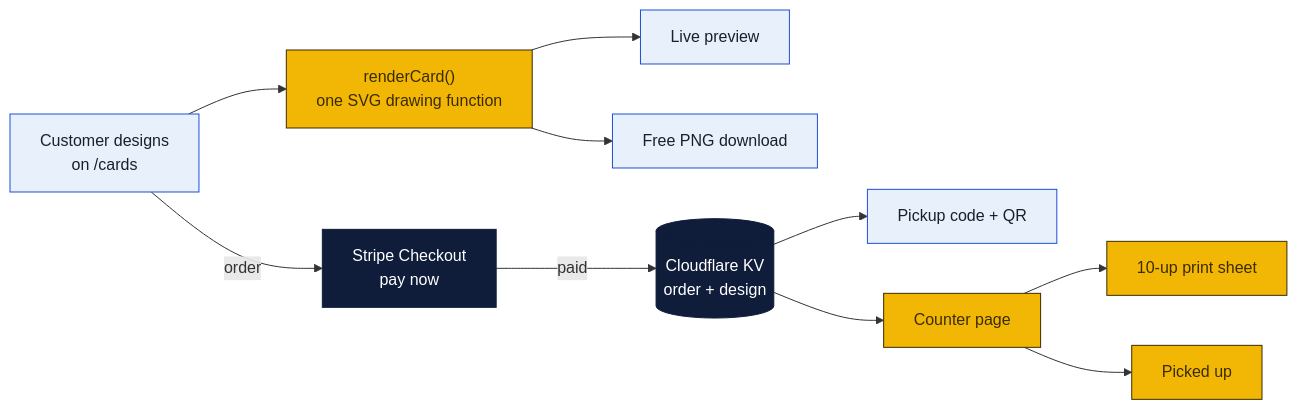
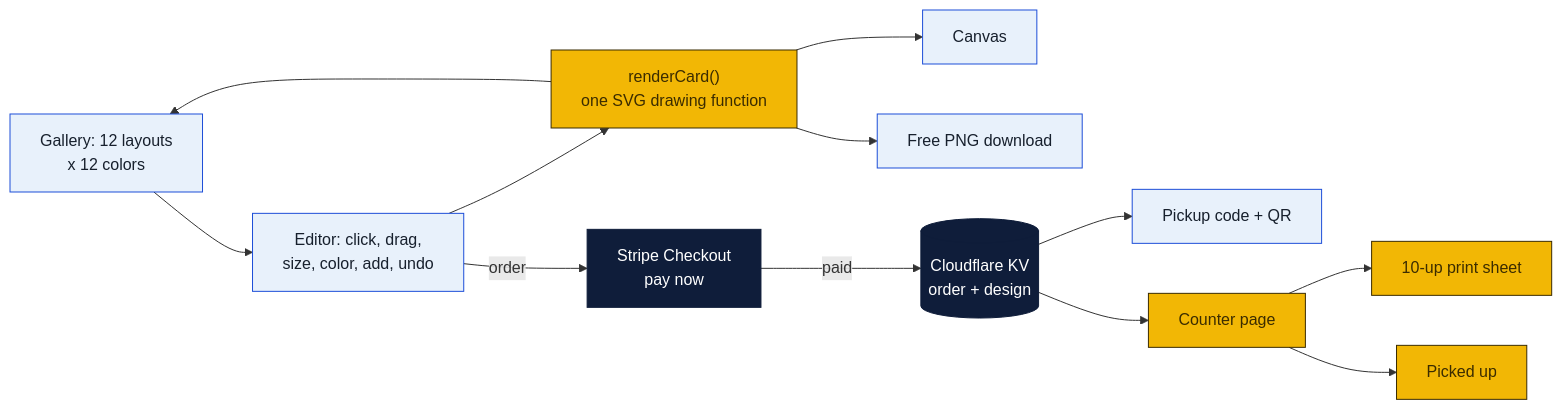
One commit to wbp318/goin-postal-forsythe changed the ninth of 26 diagrams in README.md. Above: the diagram before and after it, drawn with Mermaid. The commit also changed other lines of this file and 5 other files, not shown here.

First line of the commit message:
Site: Vistaprint-style card editor, 12 layouts x 12 colors, click-to-edit canvas

````diff
--- a/README.md
+++ b/README.md
@@ -662,15 +662,17 @@
 ```mermaid
 flowchart LR
-  F["Customer designs<br/>on /cards"]:::you --> P["renderCard()<br/>one SVG drawing function"]:::local
-  P --> V["Live preview"]:::you
+  G["Gallery: 12 layouts<br/>x 12 colors"]:::you --> F["Editor: click, drag,<br/>size, color, add, undo"]:::you
+  F --> P["renderCard()<br/>one SVG drawing function"]:::local
+  P --> G
+  P --> V["Canvas"]:::you
   P --> PNG["Free PNG download"]:::you
   F -->|order| ST["Stripe Checkout<br/>pay now"]:::cloud
   ST -->|paid| KV[("Cloudflare KV<br/>order + design")]:::cloud
   KV --> DONE["Pickup code + QR"]:::you
   KV --> K["Counter page"]:::local
   K --> SH["10-up print sheet"]:::local
   K --> PU["Picked up"]:::local
   classDef local fill:#f2b705,stroke:#3b2c00,color:#3b2c00
   classDef cloud fill:#0f1d3a,stroke:#0f1d3a,color:#ffffff
   classDef you fill:#e8f1fb,stroke:#1d4ed8,color:#17202d
 ```
````
